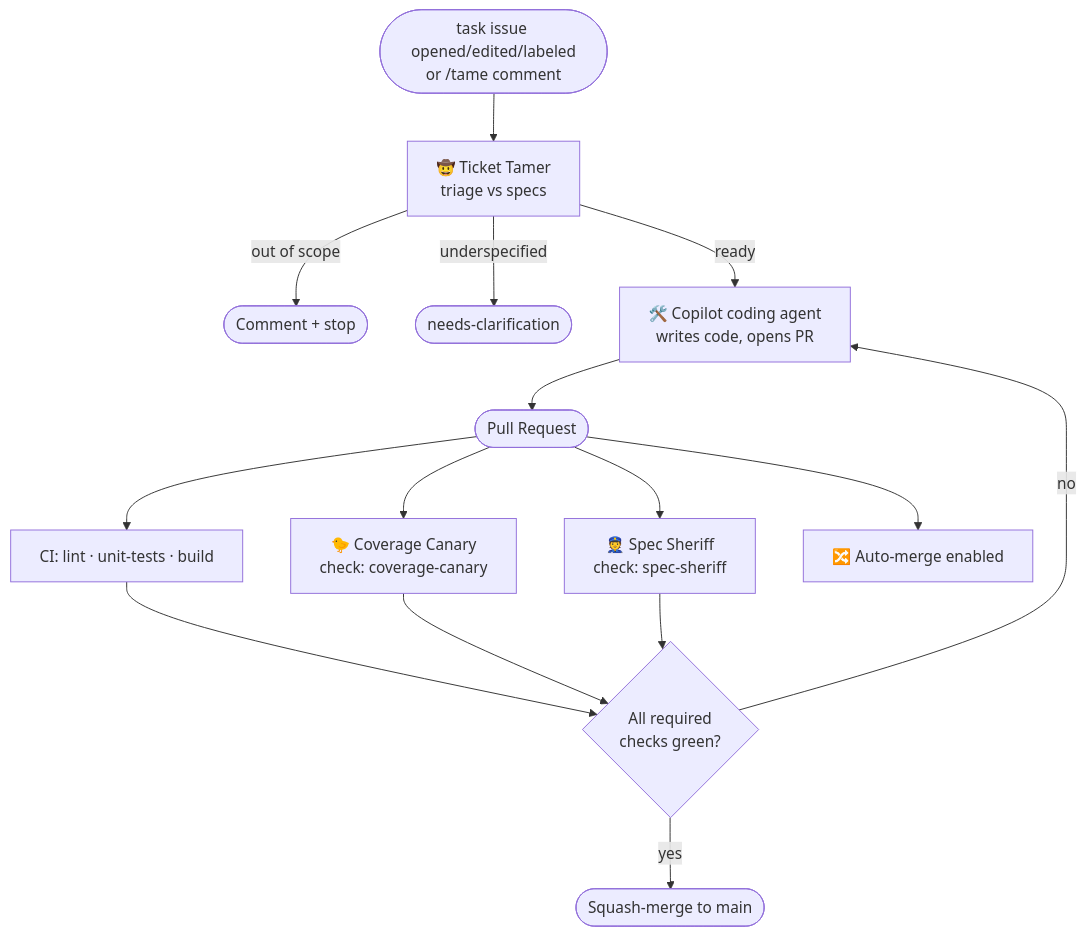
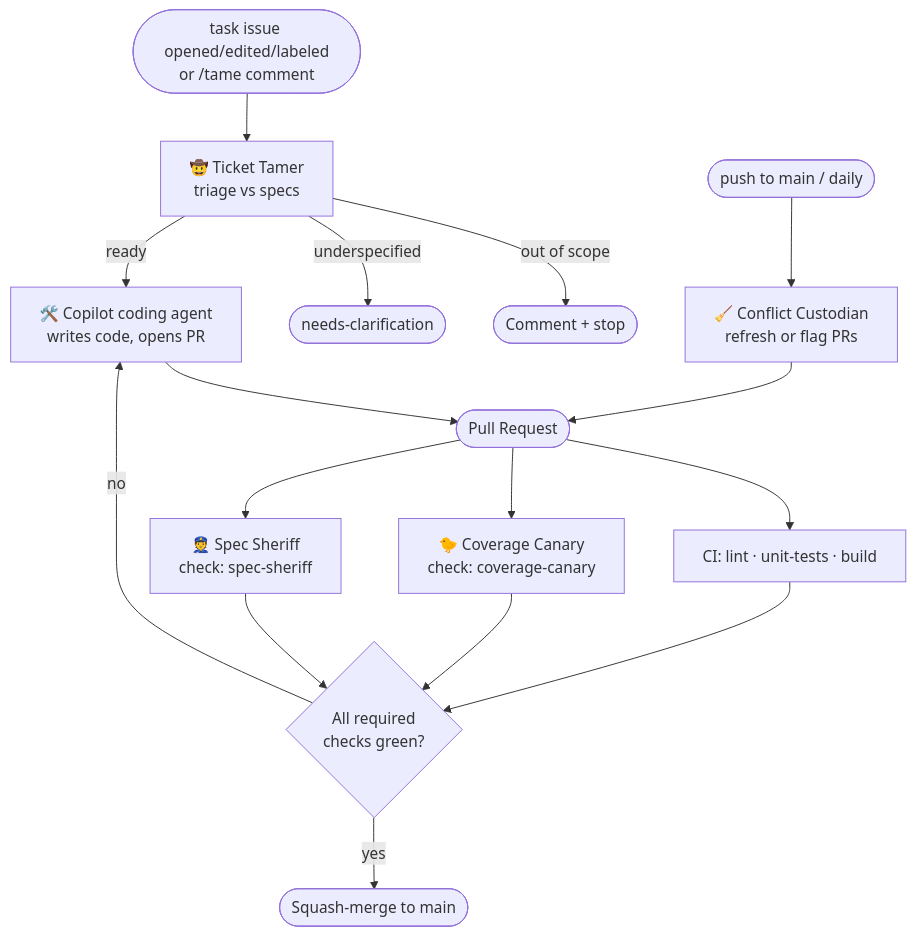
Before and after one commit to lfarci/loganfarci.com: the diagram in docs/agentic-workflows.md, drawn with Mermaid. The commit also changed other lines of this file and 5 other files, not shown here.

Commit message:
Restore conflict custodian and remove auto-merge

````diff
--- a/docs/agentic-workflows.md
+++ b/docs/agentic-workflows.md
@@ -23,17 +23,18 @@
 ```mermaid
 flowchart TD
     I([task issue opened/edited/labeled<br/>or /tame comment]) --> TT[🤠 Ticket Tamer<br/>triage vs specs]
     TT -- out of scope --> X([Comment + stop])
     TT -- underspecified --> NC([needs-clarification])
     TT -- ready --> COP[🛠️ Copilot coding agent<br/>writes code, opens PR]
     COP --> PR([Pull Request])
     PR --> CI[CI: lint · unit-tests · build]
     PR --> CC[🐤 Coverage Canary<br/>check: coverage-canary]
     PR --> SS[👮 Spec Sheriff<br/>check: spec-sheriff]
-    PR --> AM[🔀 Auto-merge enabled]
+    MAIN([push to main / daily]) --> CU[🧹 Conflict Custodian<br/>refresh or flag PRs]
+    CU --> PR
     CI --> G{All required<br/>checks green?}
     CC --> G
     SS --> G
     G -- yes --> M([Squash-merge to main])
     G -- no --> COP
 ```
````
